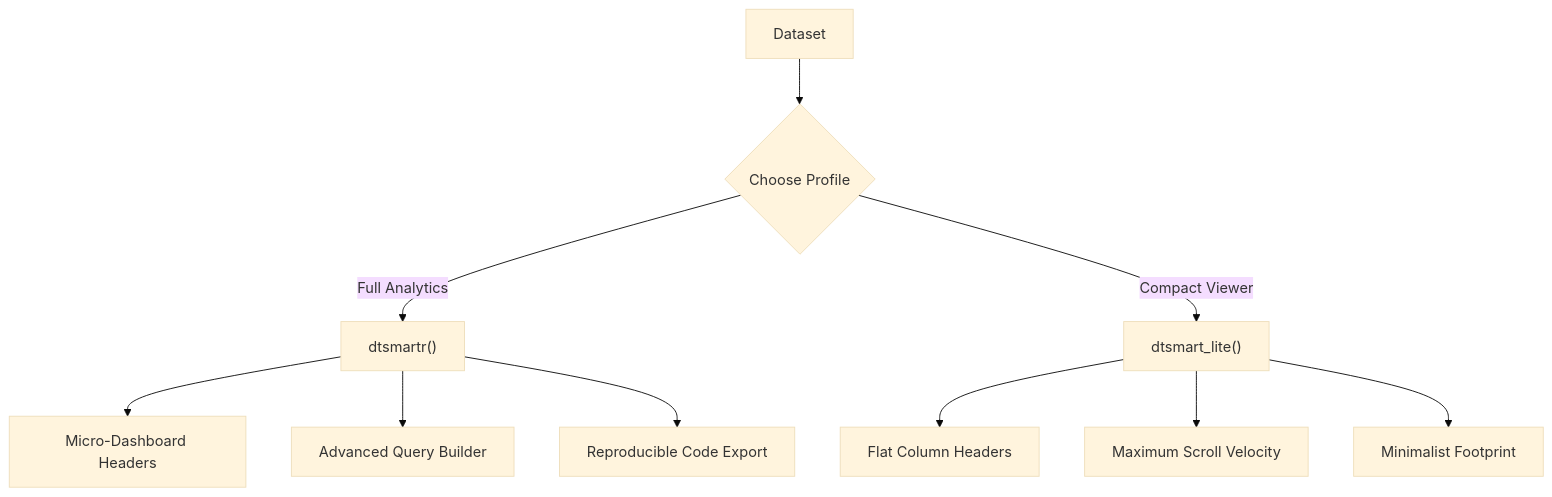
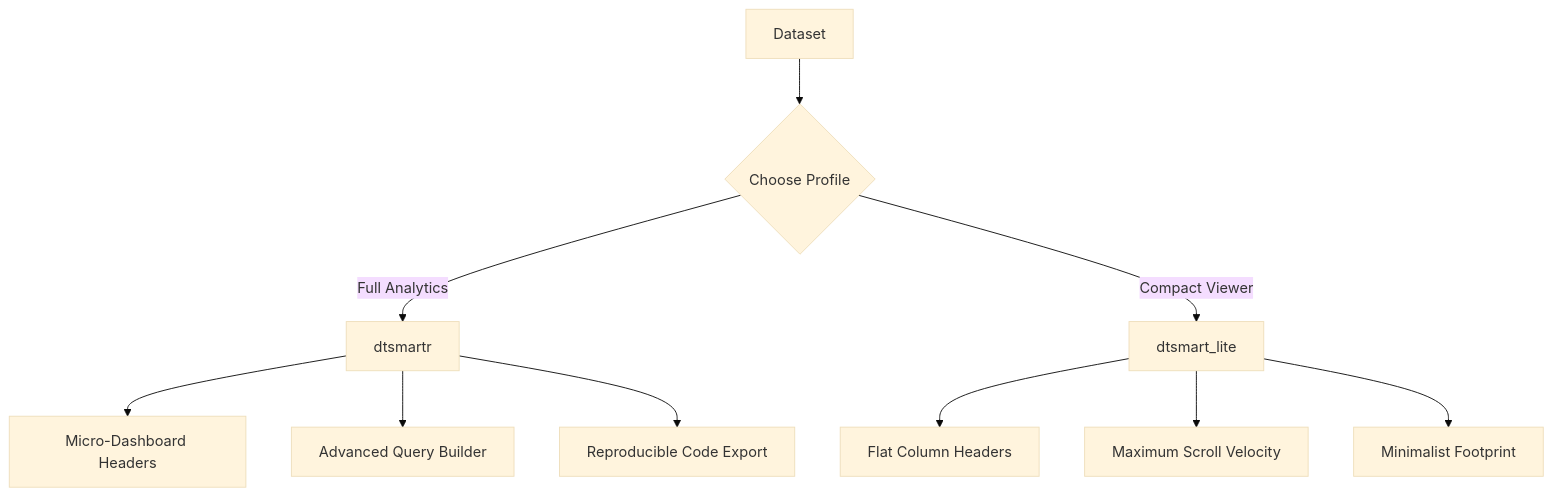
The diagram in README.md (wagh-nikhil/dtsmartr), drawn with Mermaid (base theme) before and after one commit. The commit also changed 8 other files, not shown here.

Commit message:
Fix README.md mermaid graph syntax and add downloadable sample HTML report to website

````diff
--- a/README.md
+++ b/README.md
@@ -23,12 +23,12 @@
 ```mermaid
 graph TD
     A[Dataset] --> B{Choose Profile}
-    B -->|Full Analytics| C["dtsmartr()"]
-    B -->|Compact Viewer| D["dtsmart_lite()"]
-    C --> C1["Micro-Dashboard Headers"]
-    C --> C2["Advanced Query Builder"]
-    C --> C3["Reproducible Code Export"]
-    D --> D1["Flat Column Headers"]
-    D --> D2["Maximum Scroll Velocity"]
-    D --> D3["Minimalist Footprint"]
+    B -->|Full Analytics| C[dtsmartr]
+    B -->|Compact Viewer| D[dtsmart_lite]
+    C --> C1[Micro-Dashboard Headers]
+    C --> C2[Advanced Query Builder]
+    C --> C3[Reproducible Code Export]
+    D --> D1[Flat Column Headers]
+    D --> D2[Maximum Scroll Velocity]
+    D --> D3[Minimalist Footprint]
 ```
````
